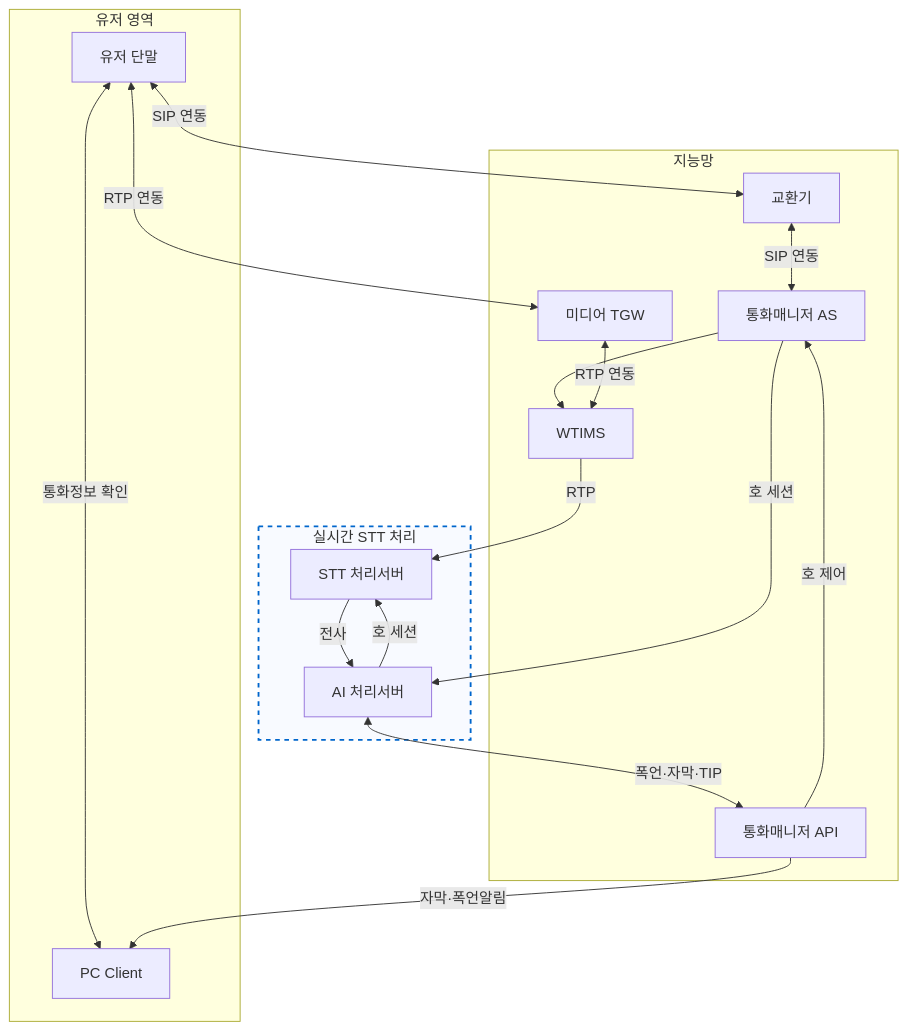
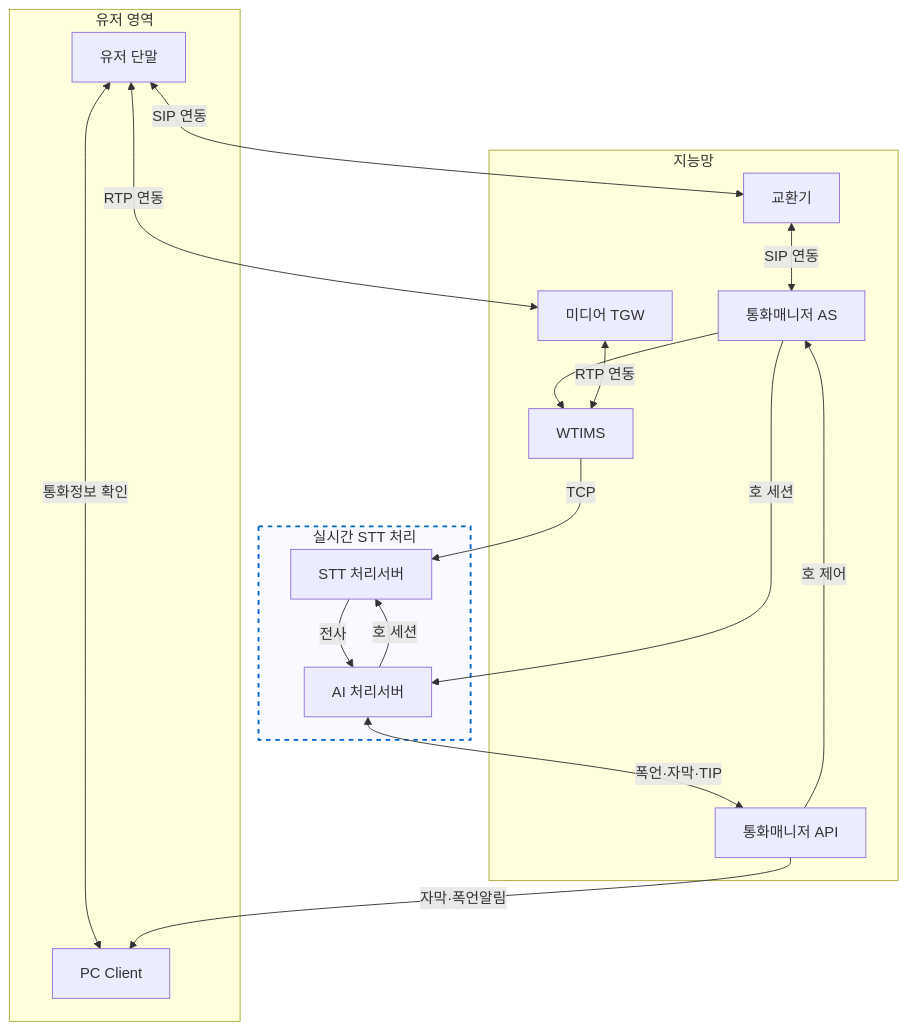
The diagram in docs/architecture/stt-agent-integration-options.md (hak023/sip_pbx), drawn with Mermaid before and after one commit.

Commit message:
docs: Change WTIMS to STT protocol to TCP

````diff
--- a/docs/architecture/stt-agent-integration-options.md
+++ b/docs/architecture/stt-agent-integration-options.md
@@ -4,34 +4,34 @@
 ```mermaid
 flowchart TB
     subgraph USER_AREA["유저 영역"]
         USER[유저 단말]
         PC[PC Client]
     end
 
     subgraph CORE["지능망"]
         EX[교환기] <-->|SIP 연동| CM[통화매니저 AS]
         CM --> WT[WTIMS]
         TGW[미디어 TGW]
         CM_API[통화매니저 API]
     end
 
     subgraph NEW_STT["실시간 STT 처리"]
         style NEW_STT fill:#f8faff,stroke:#0066cc,stroke-width:2px,stroke-dasharray: 5 5
         
         STT[STT 처리서버]
         RT[AI 처리서버]
     end
 
     USER <-->|SIP 연동| EX
     USER <-->|RTP 연동| TGW
     TGW <-->|RTP 연동| WT
     USER <-->|통화정보 확인| PC
 
     CM -->|호 세션| RT
     RT -->|호 세션| STT
-    WT -->|RTP| STT
+    WT -->|TCP| STT
     STT -->|전사| RT
     RT <-->|폭언·자막·TIP| CM_API
     CM_API -->|호 제어| CM
     CM_API -->|자막·폭언알림| PC
 ```
````
